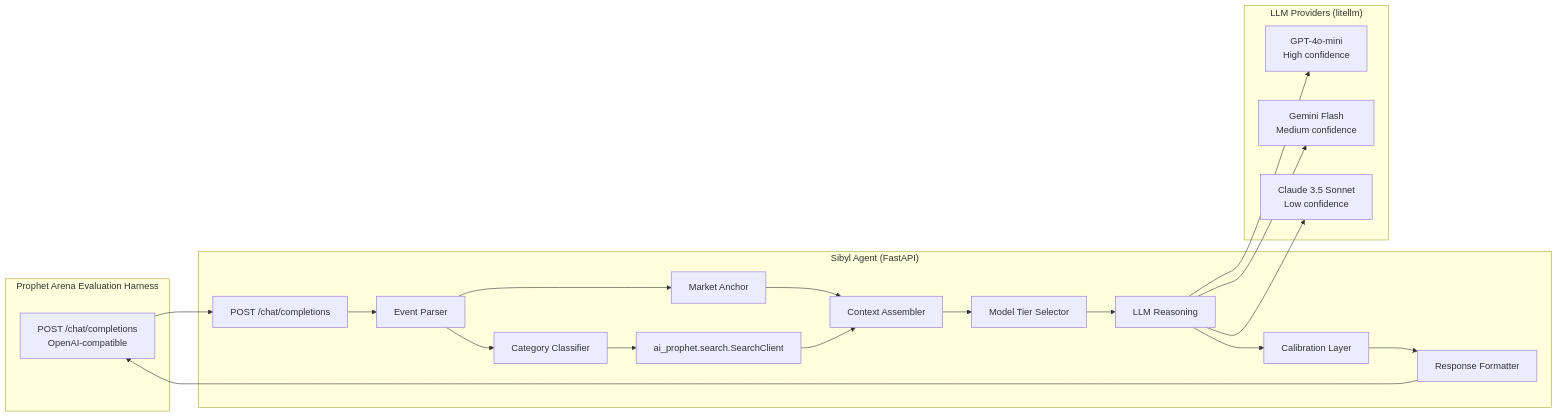
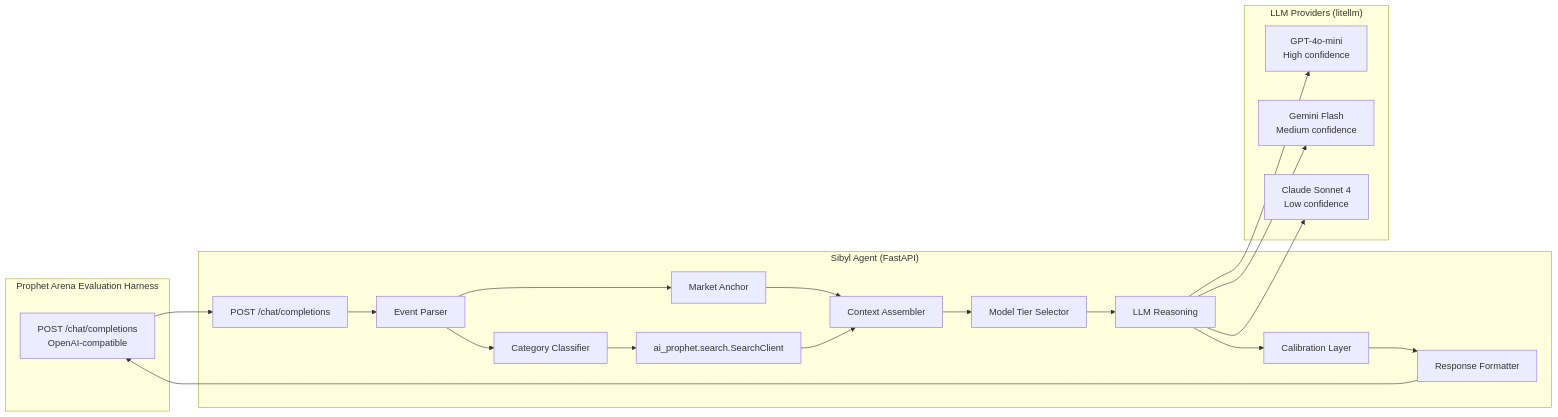
The diagram in README.md (edycutjong/sibyl), drawn with Mermaid before and after one commit. The commit also changed other lines of this file and 2 other files, not shown here.

Commit message:
chore: update model references to Claude Sonnet 4, fix strategy index in reasoning, and add performance benchmarks to README

````diff
--- a/README.md
+++ b/README.md
@@ -95,39 +95,39 @@
 ```mermaid
 graph LR
     subgraph "Prophet Arena Evaluation Harness"
         PA["POST /chat/completions<br>OpenAI-compatible"]
     end
 
     subgraph "Sibyl Agent (FastAPI)"
         EP1["POST /chat/completions"]
         PARSE["Event Parser"]
         CC["Category Classifier"]
         MA["Market Anchor"]
         SC["ai_prophet.search.SearchClient"]
         CA["Context Assembler"]
         MT["Model Tier Selector"]
         LLM["LLM Reasoning"]
         CL["Calibration Layer"]
         FMT["Response Formatter"]
     end
 
     subgraph "LLM Providers (litellm)"
         MINI["GPT-4o-mini<br>High confidence"]
         FLASH["Gemini Flash<br>Medium confidence"]
-        OPUS["Claude 3.5 Sonnet<br>Low confidence"]
+        OPUS["Claude Sonnet 4<br>Low confidence"]
     end
 
     PA --> EP1
     EP1 --> PARSE
     PARSE --> CC
     PARSE --> MA
     CC --> SC
     MA --> CA
     SC --> CA
     CA --> MT
     MT --> LLM
     LLM --> MINI & FLASH & OPUS
     LLM --> CL
     CL --> FMT
     FMT --> PA
 ```
````
